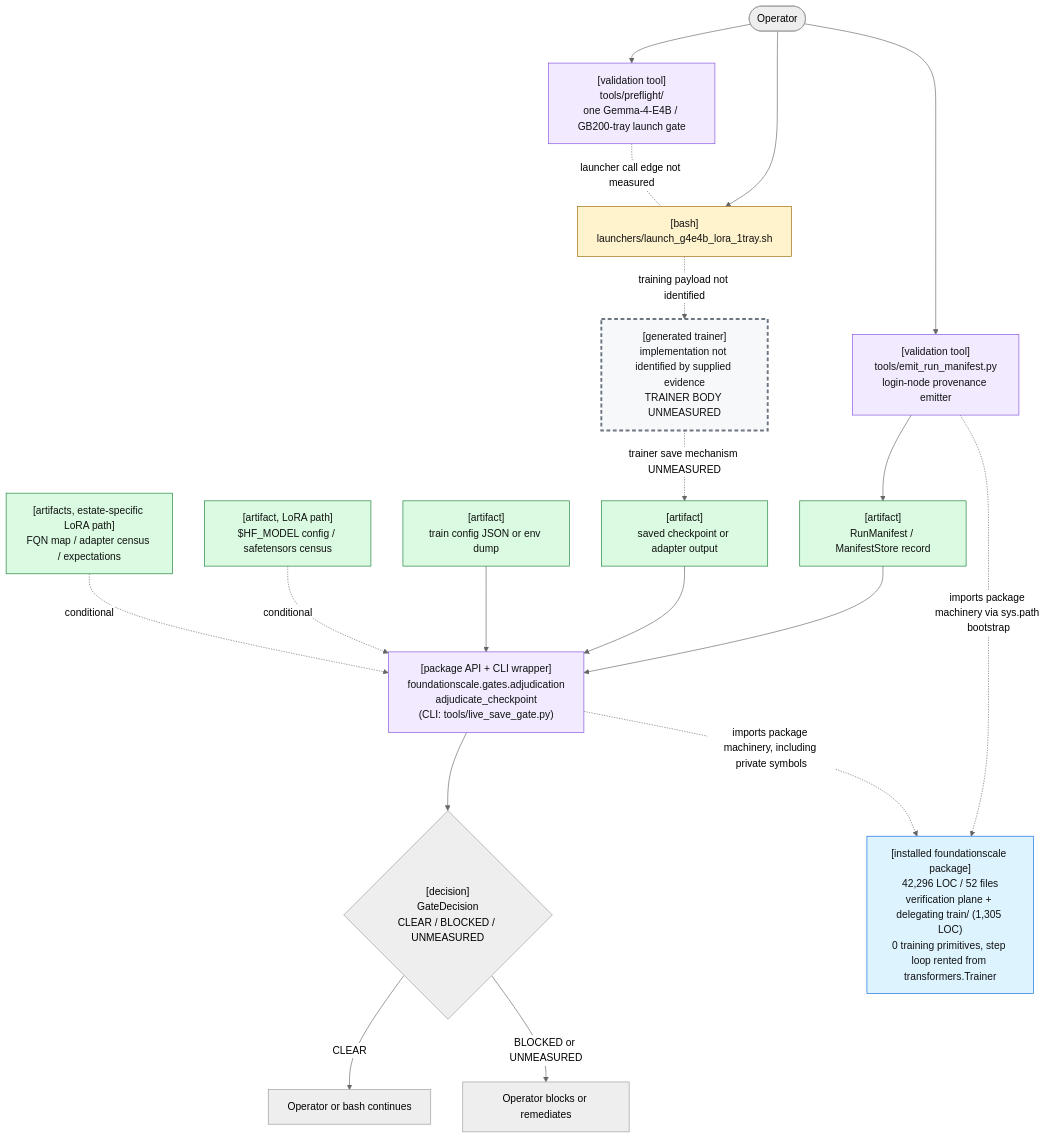
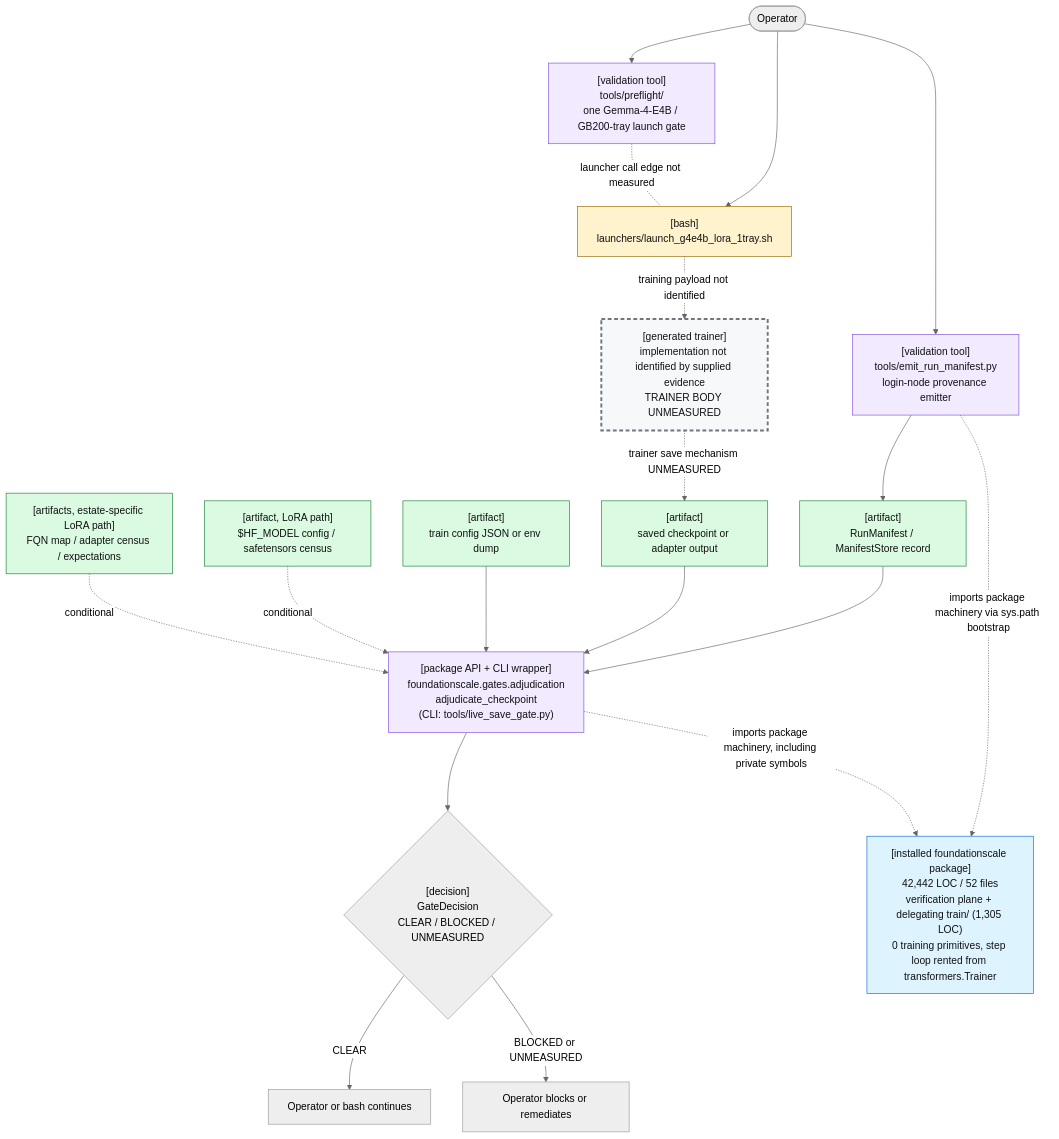
Before and after one commit to TranNhiem/FoundationScale: the first of 2 diagrams in docs/review/D2_current_architecture.md, drawn with Mermaid (neutral theme). The commit also changed other lines of this file and 16 other files, not shown here.

````diff
--- a/docs/review/D2_current_architecture.md
+++ b/docs/review/D2_current_architecture.md
@@ -25,59 +25,59 @@
 ```mermaid
 flowchart TB
   O(["Operator"])
 
   PF["[validation tool]<br/>tools/preflight/<br/>one Gemma-4-E4B / GB200-tray launch gate"]
   L["[bash]<br/>launchers/launch_g4e4b_lora_1tray.sh"]
 
   E["[validation tool]<br/>tools/emit_run_manifest.py<br/>login-node provenance emitter"]
   M["[artifact]<br/>RunManifest / ManifestStore record"]
 
   T["[generated trainer]<br/>implementation not identified by supplied evidence<br/>TRAINER BODY UNMEASURED"]
   C["[artifact]<br/>saved checkpoint or adapter output"]
 
   G["[package API + CLI wrapper]<br/>foundationscale.gates.adjudication<br/>adjudicate_checkpoint<br/>(CLI: tools/live_save_gate.py)"]
   CFG["[artifact]<br/>train config JSON or env dump"]
   BASE["[artifact, LoRA path]<br/>$HF_MODEL config / safetensors census"]
   CEN["[artifacts, estate-specific LoRA path]<br/>FQN map / adapter census / expectations"]
 
   D{"[decision]<br/>GateDecision<br/>CLEAR / BLOCKED / UNMEASURED"}
   OK["Operator or bash continues"]
   NO["Operator blocks or remediates"]
 
-  PKG["[installed foundationscale package]<br/>42,296 LOC / 52 files<br/>verification plane + delegating train/ (1,305 LOC)<br/>0 training primitives, step loop rented from transformers.Trainer"]
+  PKG["[installed foundationscale package]<br/>42,442 LOC / 52 files<br/>verification plane + delegating train/ (1,305 LOC)<br/>0 training primitives, step loop rented from transformers.Trainer"]
 
   O --> PF
   O --> L
   PF -. "launcher call edge not measured" .- L
 
   O --> E
   E --> M
 
   L -. "training payload not identified" .-> T
   T -. "trainer save mechanism UNMEASURED" .-> C
 
   M --> G
   C --> G
   CFG --> G
   BASE -. "conditional" .-> G
   CEN -. "conditional" .-> G
 
   E -. "imports package machinery via sys.path bootstrap" .-> PKG
   G -. "imports package machinery, including private symbols" .-> PKG
 
   G --> D
   D -->|"CLEAR"| OK
   D -->|"BLOCKED or UNMEASURED"| NO
 
   classDef bash fill:#fff3cd,stroke:#9a6700,color:#111;
   classDef tool fill:#f2eaff,stroke:#8250df,color:#111;
   classDef artifact fill:#dafbe1,stroke:#1a7f37,color:#111;
   classDef gap fill:#f6f8fa,stroke:#6e7781,stroke-width:3px,stroke-dasharray: 6 4,color:#111;
   classDef pkg fill:#ddf4ff,stroke:#0969da,color:#111;
 
   class L bash;
   class PF,E,G tool;
   class M,C,CFG,BASE,CEN artifact;
   class T gap;
   class PKG pkg;
 ```
````
